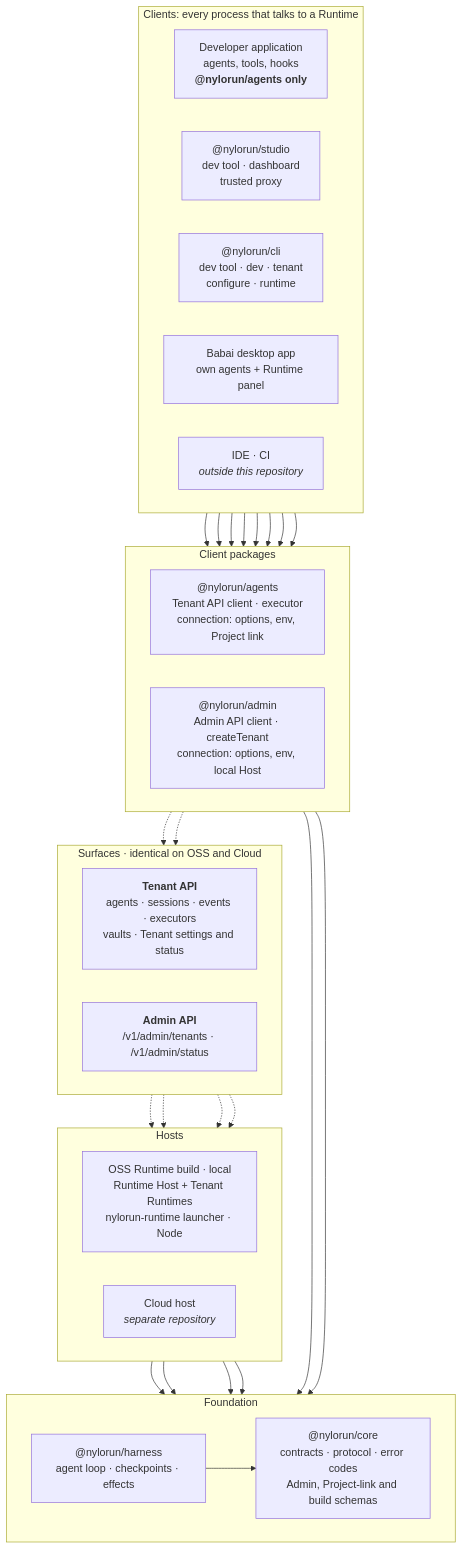
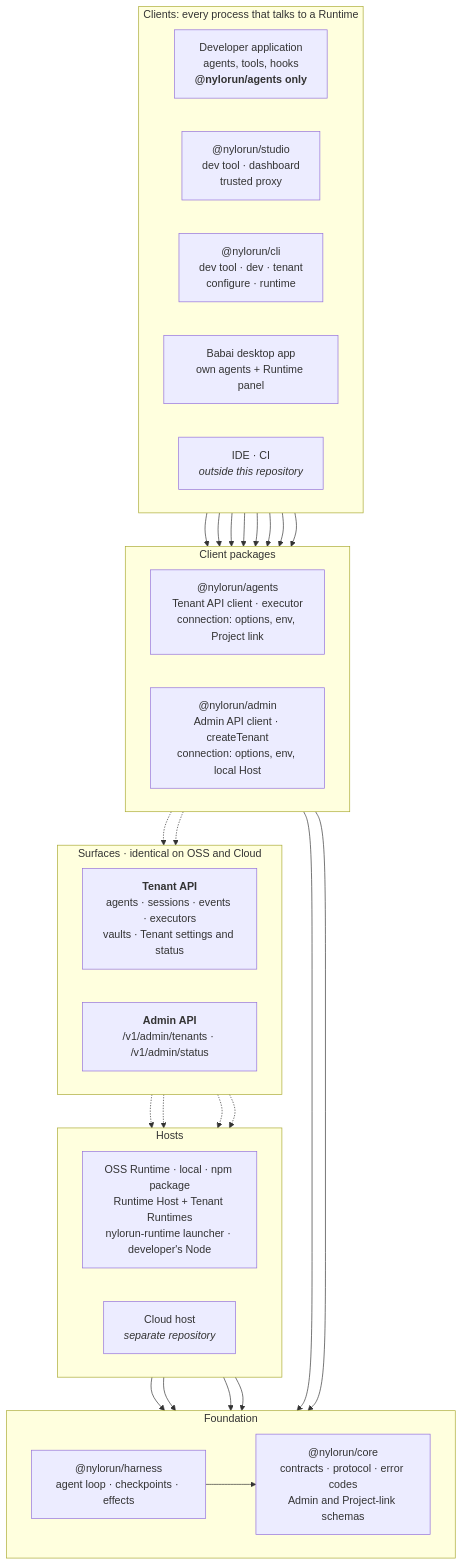
Before and after one commit to nylorun/harness: the first of 2 diagrams in docs/design/package-architecture.md, drawn with Mermaid. The commit also changed other lines of this file and 26 other files, not shown here.

First line of the commit message:
docs(runtime): prerequisites instead of Runtime builds; drop build leftovers (#127)

````diff
--- a/docs/design/package-architecture.md
+++ b/docs/design/package-architecture.md
@@ -33,59 +34,59 @@
 ```mermaid
 flowchart TB
   subgraph clients["Clients: every process that talks to a Runtime"]
     direction LR
     APP["Developer application<br/>agents, tools, hooks<br/><b>@nylorun/agents only</b>"]
     STUDIO["@nylorun/studio<br/>dev tool · dashboard<br/>trusted proxy"]
     CLI["@nylorun/cli<br/>dev tool · dev · tenant<br/>configure · runtime"]
     DESK["Babai desktop app<br/>own agents + Runtime panel"]
     EXT["IDE · CI<br/><i>outside this repository</i>"]
   end
 
   subgraph packages["Client packages"]
     direction LR
     AGENTS["@nylorun/agents<br/>Tenant API client · executor<br/>connection: options, env, Project link"]
     ADMIN["@nylorun/admin<br/>Admin API client · createTenant<br/>connection: options, env, local Host"]
   end
 
   subgraph surfaces["Surfaces · identical on OSS and Cloud"]
     direction LR
     TAPI["<b>Tenant API</b><br/>agents · sessions · events · executors<br/>vaults · Tenant settings and status"]
     AAPI["<b>Admin API</b><br/>/v1/admin/tenants · /v1/admin/status"]
   end
 
   subgraph hosts["Hosts"]
     direction LR
-    RT["OSS Runtime build · local<br/>Runtime Host + Tenant Runtimes<br/>nylorun-runtime launcher · Node"]
+    RT["OSS Runtime · local · npm package<br/>Runtime Host + Tenant Runtimes<br/>nylorun-runtime launcher · developer's Node"]
     CLOUD["Cloud host<br/><i>separate repository</i>"]
   end
 
   subgraph foundation["Foundation"]
     direction LR
     HARNESS["@nylorun/harness<br/>agent loop · checkpoints · effects"]
-    CORE["@nylorun/core<br/>contracts · protocol · error codes<br/>Admin, Project-link and build schemas"]
+    CORE["@nylorun/core<br/>contracts · protocol · error codes<br/>Admin and Project-link schemas"]
   end
 
   APP --> AGENTS
   STUDIO --> AGENTS
   CLI --> AGENTS
   CLI --> ADMIN
   DESK --> AGENTS
   DESK --> ADMIN
   EXT --> AGENTS
   EXT --> ADMIN
 
   AGENTS -.-> TAPI
   ADMIN -.-> AAPI
   TAPI -.-> RT
   TAPI -.-> CLOUD
   AAPI -.-> RT
   AAPI -.-> CLOUD
 
   AGENTS --> CORE
   ADMIN --> CORE
   RT --> HARNESS
   RT --> CORE
   CLOUD --> HARNESS
   CLOUD --> CORE
   HARNESS --> CORE
 ```
````
